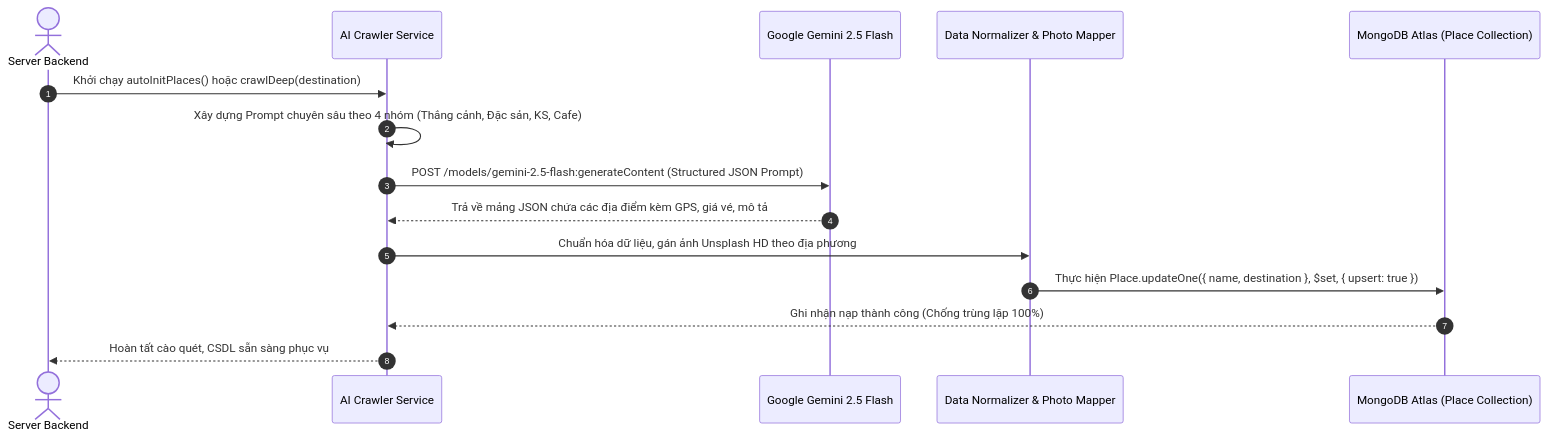
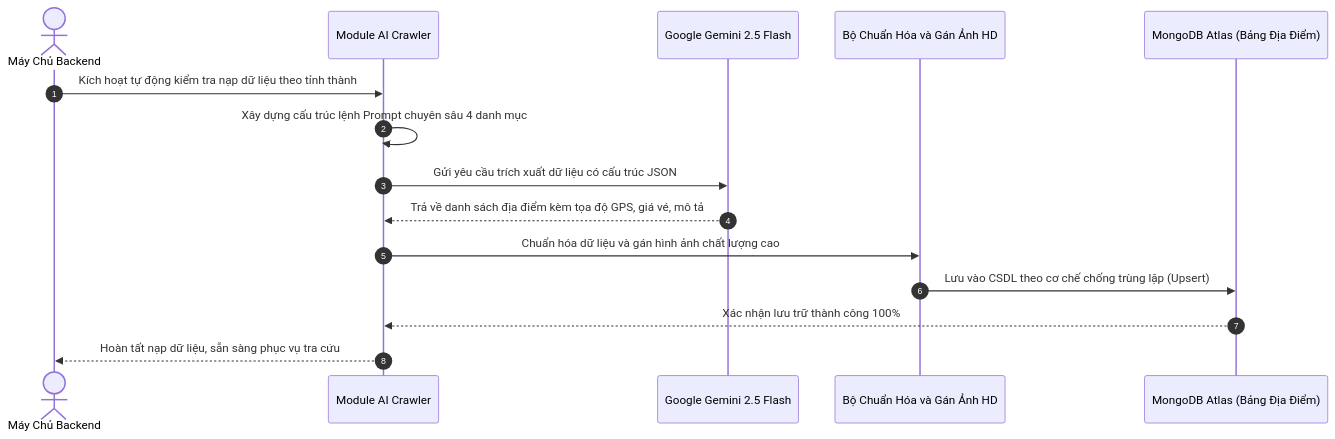
The third of 6 diagrams in README.md (HexDen/Travel_Trips_Central_VietNam), drawn with Mermaid before and after one commit. The commit also changed other lines of this file, not shown here.

Commit message:
fix: 100% Vietnamese mermaid diagrams and detailed presentation guide

````diff
--- a/README.md
+++ b/README.md
@@ -175,18 +175,18 @@
 ```mermaid
 sequenceDiagram
     autonumber
-    actor AdminServer as Server Backend
-    participant Crawler as AI Crawler Service
-    participant Gemini as Google Gemini 2.5 Flash
-    participant Normalizer as Data Normalizer & Photo Mapper
-    participant Database as MongoDB Atlas (Place Collection)
+    actor HeThongServer as Máy Chủ Backend
+    participant BoCaoAI as Module AI Crawler
+    participant MoHinhGemini as Google Gemini 2.5 Flash
+    participant BoChuanHoa as Bộ Chuẩn Hóa và Gán Ảnh HD
+    participant CoSoDuLieu as MongoDB Atlas (Bảng Địa Điểm)
 
-    AdminServer->>Crawler: Khởi chạy autoInitPlaces() hoặc crawlDeep(destination)
-    Crawler->>Crawler: Xây dựng Prompt chuyên sâu theo 4 nhóm (Thắng cảnh, Đặc sản, KS, Cafe)
-    Crawler->>Gemini: POST /models/gemini-2.5-flash:generateContent (Structured JSON Prompt)
-    Gemini-->>Crawler: Trả về mảng JSON chứa các địa điểm kèm GPS, giá vé, mô tả
-    Crawler->>Normalizer: Chuẩn hóa dữ liệu, gán ảnh Unsplash HD theo địa phương
-    Normalizer->>Database: Thực hiện Place.updateOne({ name, destination }, $set, { upsert: true })
-    Database-->>Crawler: Ghi nhận nạp thành công (Chống trùng lặp 100%)
-    Crawler-->>AdminServer: Hoàn tất cào quét, CSDL sẵn sàng phục vụ
+    HeThongServer->>BoCaoAI: Kích hoạt tự động kiểm tra nạp dữ liệu theo tỉnh thành
+    BoCaoAI->>BoCaoAI: Xây dựng cấu trúc lệnh Prompt chuyên sâu 4 danh mục
+    BoCaoAI->>MoHinhGemini: Gửi yêu cầu trích xuất dữ liệu có cấu trúc JSON
+    MoHinhGemini-->>BoCaoAI: Trả về danh sách địa điểm kèm tọa độ GPS, giá vé, mô tả
+    BoCaoAI->>BoChuanHoa: Chuẩn hóa dữ liệu và gán hình ảnh chất lượng cao
+    BoChuanHoa->>CoSoDuLieu: Lưu vào CSDL theo cơ chế chống trùng lặp (Upsert)
+    CoSoDuLieu-->>BoCaoAI: Xác nhận lưu trữ thành công 100%
+    BoCaoAI-->>HeThongServer: Hoàn tất nạp dữ liệu, sẵn sàng phục vụ tra cứu
 ```
````
